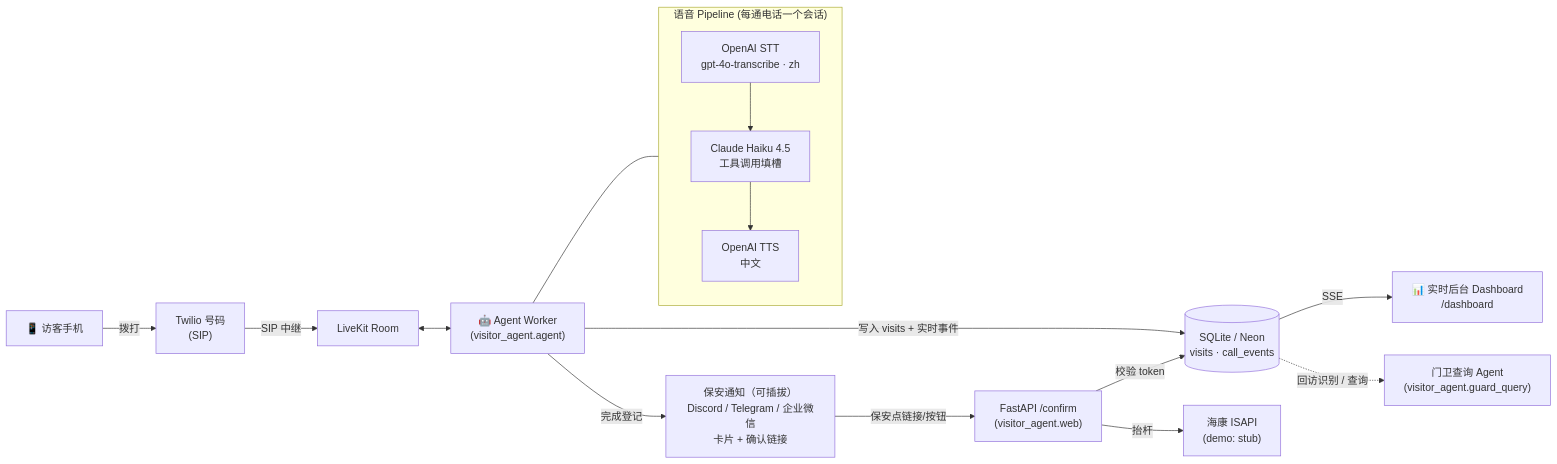
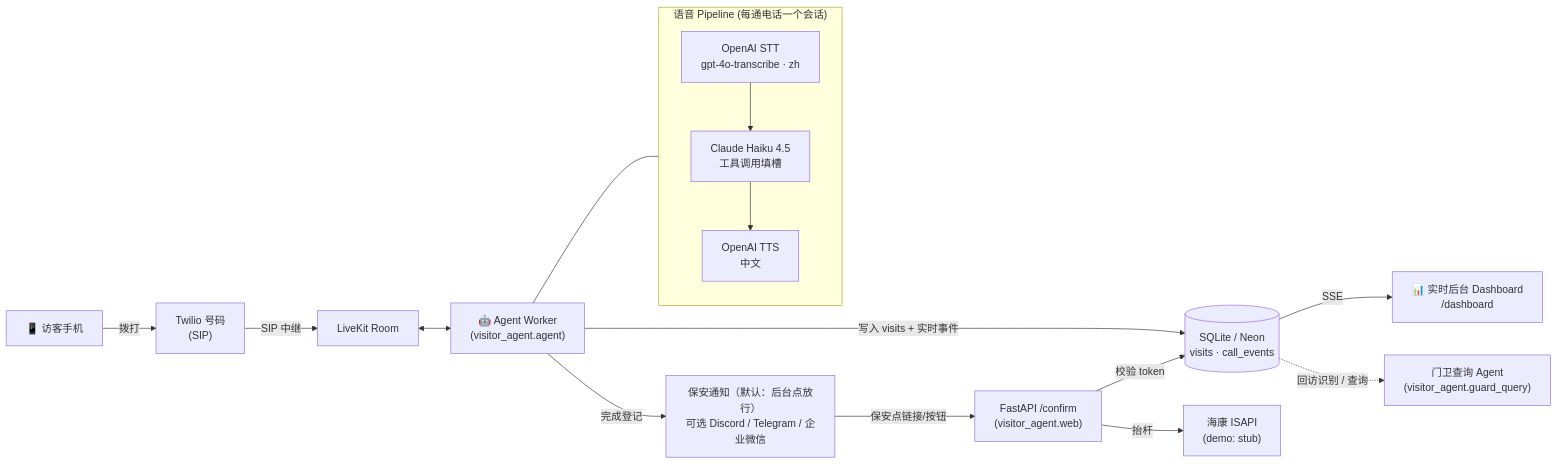
Before and after one commit to WeijieCao77/jingyu-task: the diagram in README.md, drawn with Mermaid. The commit also changed other lines of this file and 9 other files, not shown here.

````diff
--- a/README.md
+++ b/README.md
@@ -10,20 +10,20 @@
 ```mermaid
 flowchart LR
     Caller["📱 访客手机"] -->|拨打| Twilio["Twilio 号码<br/>(SIP)"]
     Twilio -->|SIP 中继| LK["LiveKit Room"]
     LK <--> Worker["🤖 Agent Worker<br/>(visitor_agent.agent)"]
 
     subgraph Pipeline["语音 Pipeline (每通电话一个会话)"]
       STT["OpenAI STT<br/>gpt-4o-transcribe · zh"] --> LLM["Claude Haiku 4.5<br/>工具调用填槽"] --> TTS["OpenAI TTS<br/>中文"]
     end
     Worker --- Pipeline
 
-    Worker -->|完成登记| Notify["保安通知（可插拔）<br/>Discord / Telegram / 企业微信<br/>卡片 + 确认链接"]
+    Worker -->|完成登记| Notify["保安通知（默认：后台点放行）<br/>可选 Discord / Telegram / 企业微信"]
     Worker -->|写入 visits + 实时事件| DB[("SQLite / Neon<br/>visits · call_events")]
     DB -->|SSE| Dash["📊 实时后台 Dashboard<br/>/dashboard"]
     Notify -->|保安点链接/按钮| Web["FastAPI /confirm<br/>(visitor_agent.web)"]
     Web -->|校验 token| DB
     Web -->|抬杆| Gate["海康 ISAPI<br/>(demo: stub)"]
 
     DB -.->|回访识别 / 查询| GQ["门卫查询 Agent<br/>(visitor_agent.guard_query)"]
 ```
````
